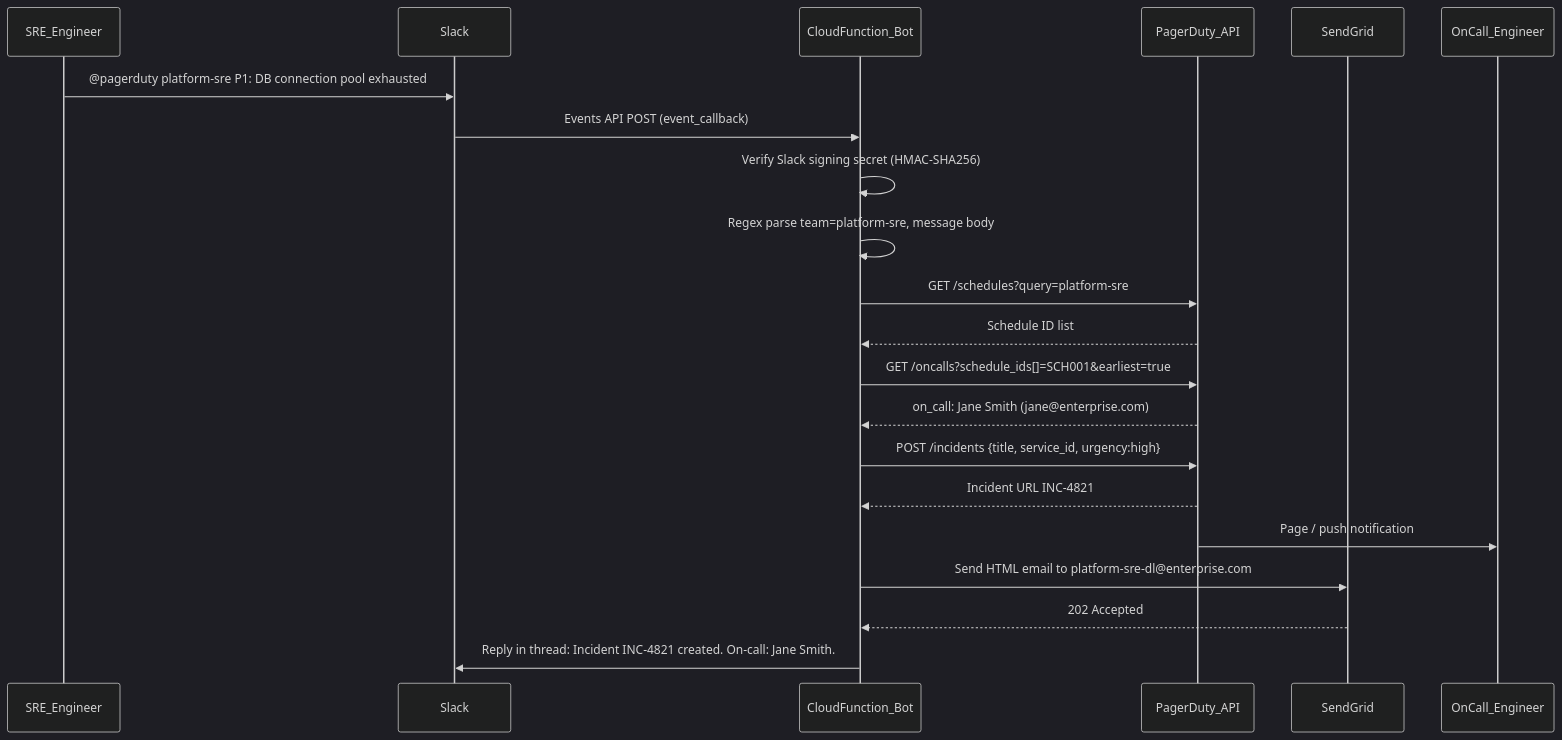
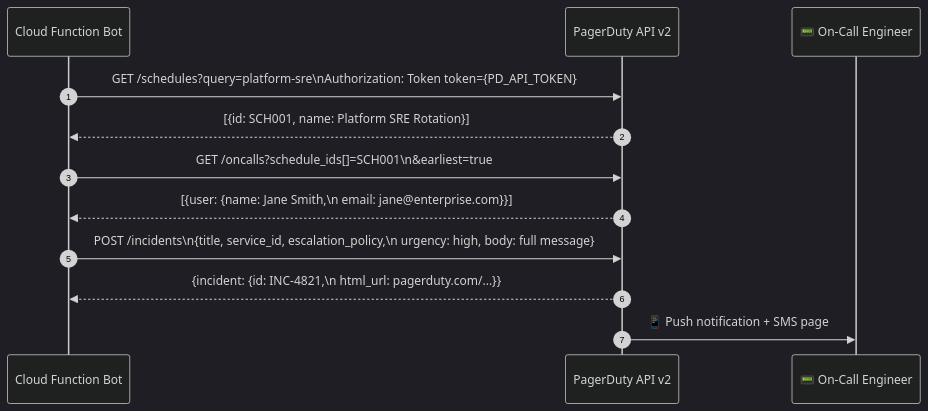
One commit to AravindKumarjoshi/devops-platform changed diagram 12 of 16 in mkdocs-devops-platform/docs/architecture-diagrams.md. Above: the diagram before and after it, drawn with Mermaid (dark theme). The commit also changed other lines of this file and 6 other files, not shown here.

First line of the commit message:
docs: enlarge diagrams + add explanations for all manifests and scripts

````diff
--- a/mkdocs-devops-platform/docs/architecture-diagrams.md
+++ b/mkdocs-devops-platform/docs/architecture-diagrams.md
@@ -189,24 +355,15 @@
-```mermaid
-sequenceDiagram
-    participant SRE_Engineer
-    participant Slack
-    participant CloudFunction_Bot
-    participant PagerDuty_API
-    participant SendGrid
-    participant OnCall_Engineer
+    ```mermaid
+    sequenceDiagram
+        autonumber
+        participant BOT as Cloud Function Bot
+        participant PD as PagerDuty API v2
+        participant ENG as 📟 On-Call Engineer
 
-    SRE_Engineer->>Slack: @pagerduty platform-sre P1: DB connection pool exhausted
-    Slack->>CloudFunction_Bot: Events API POST (event_callback)
-    CloudFunction_Bot->>CloudFunction_Bot: Verify Slack signing secret (HMAC-SHA256)
-    CloudFunction_Bot->>CloudFunction_Bot: Regex parse team=platform-sre, message body
-    CloudFunction_Bot->>PagerDuty_API: GET /schedules?query=platform-sre
-    PagerDuty_API-->>CloudFunction_Bot: Schedule ID list
-    CloudFunction_Bot->>PagerDuty_API: GET /oncalls?schedule_ids[]=SCH001&earliest=true
-    PagerDuty_API-->>CloudFunction_Bot: on_call: Jane Smith (jane@enterprise.com)
-    CloudFunction_Bot->>PagerDuty_API: POST /incidents {title, service_id, urgency:high}
-    PagerDuty_API-->>CloudFunction_Bot: Incident URL INC-4821
-    PagerDuty_API->>OnCall_Engineer: Page / push notification
-    CloudFunction_Bot->>SendGrid: Send HTML email to platform-sre-dl@enterprise.com
-    SendGrid-->>CloudFunction_Bot: 202 Accepted
-    CloudFunction_Bot->>Slack: Reply in thread: Incident INC-4821 created. On-call: Jane Smith.
-```
+        BOT->>PD: GET /schedules?query=platform-sre\nAuthorization: Token token={PD_API_TOKEN}
+        PD-->>BOT: [{id: SCH001, name: Platform SRE Rotation}]
+        BOT->>PD: GET /oncalls?schedule_ids[]=SCH001\n&earliest=true
+        PD-->>BOT: [{user: {name: Jane Smith,\n  email: jane@enterprise.com}}]
+        BOT->>PD: POST /incidents\n{title, service_id, escalation_policy,\n urgency: high, body: full message}
+        PD-->>BOT: {incident: {id: INC-4821,\n  html_url: pagerduty.com/...}}
+        PD->>ENG: 📱 Push notification + SMS page
+    ```
````
